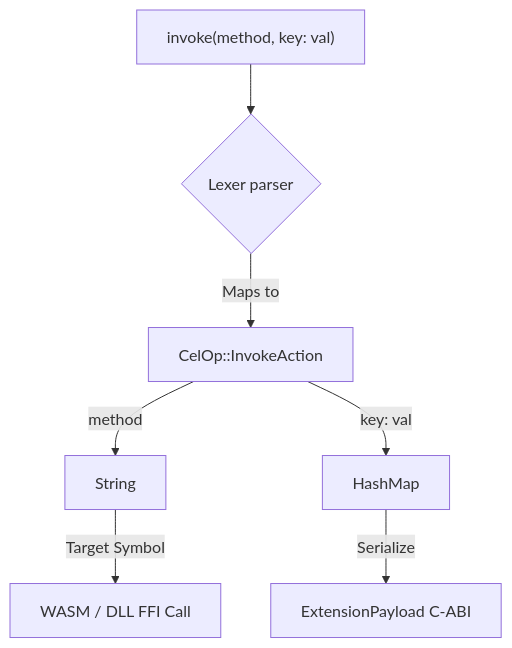
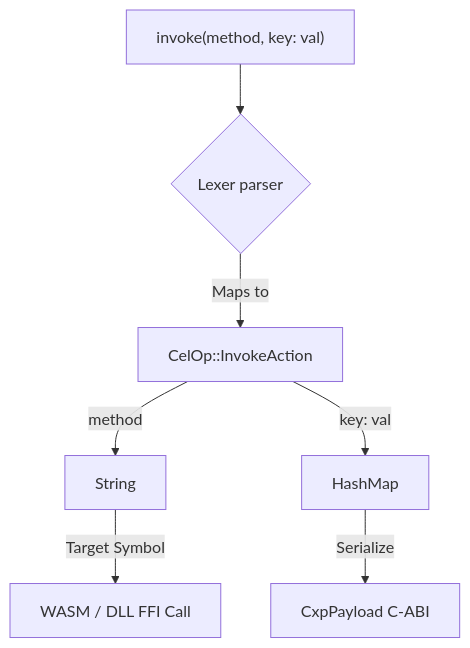
Before and after one commit to ayan-kushwaha/Cluaiz-: the diagram in docs/cel/tutorials/invoke.md, drawn with Mermaid. The commit also changed other lines of this file and 109 other files, not shown here.

````diff
--- a/docs/cel/tutorials/invoke.md
+++ b/docs/cel/tutorials/invoke.md
@@ -28,12 +28,12 @@
 ```mermaid
 flowchart TD
     A["invoke(method, key: val)"] --> B{"Lexer parser"}
     
     B -->|Maps to| C["CelOp::InvokeAction"]
     
     C -->|method| D["String"]
     C -->|key: val| E["HashMap<String, CelValue>"]
     
-    E -->|Serialize| F["ExtensionPayload C-ABI"]
+    E -->|Serialize| F["CxpPayload C-ABI"]
     D -->|Target Symbol| G["WASM / DLL FFI Call"]
 ```
````
